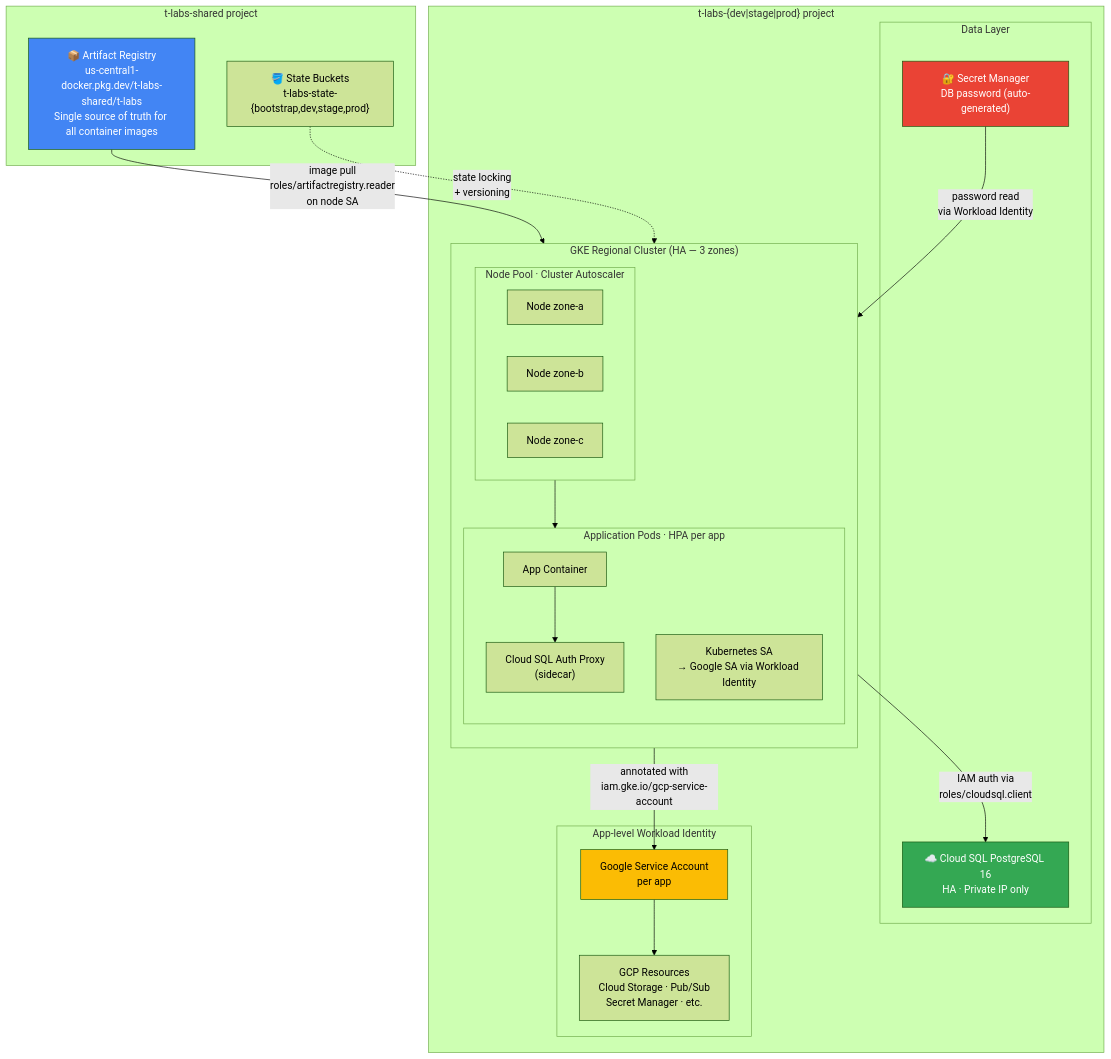
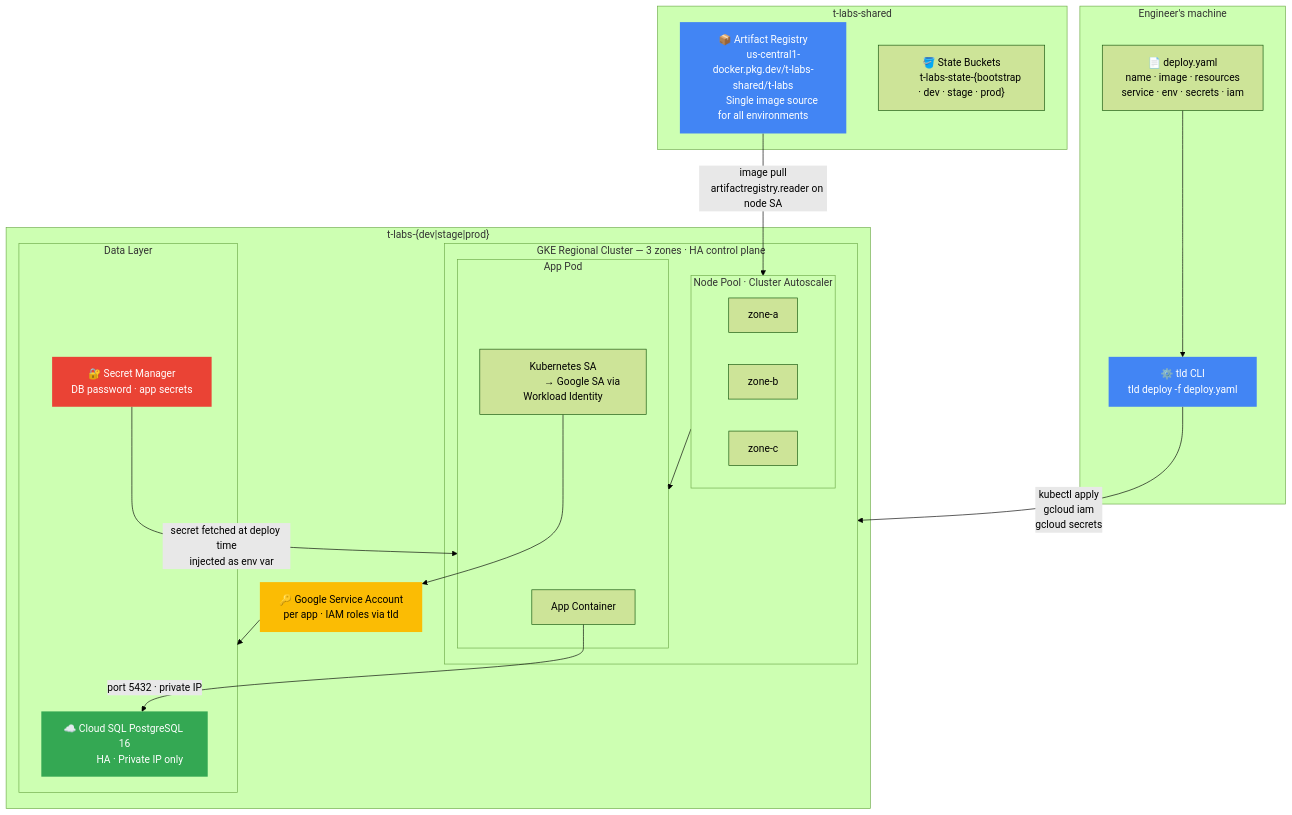
One commit to arpeetk/t-labs changed the fourth of 4 diagrams in README.md. Above: the diagram before and after it, drawn with Mermaid (forest theme). The commit also changed other lines of this file, not shown here.

First line of the commit message:
Update README: reflect current architecture, add tld CLI docs

````diff
--- a/README.md
+++ b/README.md
@@ -139,51 +151,60 @@
 ```mermaid
 graph TD
-    subgraph MGMT["t-labs-shared project"]
-        AR["📦 Artifact Registry<br/>us-central1-docker.pkg.dev/t-labs-shared/t-labs<br/>Single source of truth for all container images"]
-        SB["🪣 State Buckets<br/>t-labs-state-{bootstrap,dev,stage,prod}"]
+    subgraph SHARED["t-labs-shared"]
+        AR["📦 Artifact Registry
+        us-central1-docker.pkg.dev/t-labs-shared/t-labs
+        Single image source for all environments"]
+        SB["🪣 State Buckets
+        t-labs-state-{bootstrap · dev · stage · prod}"]
     end
 
-    subgraph ENV["t-labs-{dev|stage|prod} project"]
+    subgraph LOCAL["Engineer's machine"]
+        MF["📄 deploy.yaml
+        name · image · resources
+        service · env · secrets · iam"]
+        TLD["⚙️ tld CLI
+        tld deploy -f deploy.yaml"]
+        MF --> TLD
+    end
 
-        subgraph GKE["GKE Regional Cluster (HA — 3 zones)"]
-            direction TB
+    subgraph ENV["t-labs-{dev|stage|prod}"]
 
+        subgraph GKE["GKE Regional Cluster — 3 zones · HA control plane"]
             subgraph NP["Node Pool · Cluster Autoscaler"]
-                N1["Node zone-a"] 
-                N2["Node zone-b"]
-                N3["Node zone-c"]
+                N1["zone-a"] & N2["zone-b"] & N3["zone-c"]
             end
-
-            subgraph PODS["Application Pods · HPA per app"]
-                APP["App Container"]
-                PROXY["Cloud SQL Auth Proxy<br/>(sidecar)"]
-                KSA["Kubernetes SA<br/>→ Google SA via Workload Identity"]
+            subgraph APP["App Pod"]
+                AC["App Container"]
+                KSA["Kubernetes SA
+                → Google SA via Workload Identity"]
             end
         end
 
         subgraph DATA["Data Layer"]
-            CSQL["☁️ Cloud SQL PostgreSQL 16<br/>HA · Private IP only"]
-            SM["🔐 Secret Manager<br/>DB password (auto-generated)"]
+            CSQL["☁️ Cloud SQL PostgreSQL 16
+            HA · Private IP only"]
+            SM["🔐 Secret Manager
+            DB password · app secrets"]
         end
 
-        subgraph IAM_APP["App-level Workload Identity"]
-            GSA["Google Service Account<br/>per app"]
-            GCP_RES["GCP Resources<br/>Cloud Storage · Pub/Sub<br/>Secret Manager · etc."]
-        end
-
+        GSA["🔑 Google Service Account
+        per app · IAM roles via tld"]
     end
 
-    AR -->|"image pull<br/>roles/artifactregistry.reader<br/>on node SA"| NP
-    NP --> PODS
-    APP --> PROXY
-    PROXY -->|"IAM auth via<br/>roles/cloudsql.client"| CSQL
-    SM -->|"password read<br/>via Workload Identity"| APP
-    KSA -->|"annotated with<br/>iam.gke.io/gcp-service-account"| GSA
-    GSA --> GCP_RES
-    SB -.->|"state locking<br/>+ versioning"| GKE
+    TLD -->|"kubectl apply
+    gcloud iam
+    gcloud secrets"| GKE
+    AR -->|"image pull
+    artifactregistry.reader on node SA"| NP
+    NP --> APP
+    AC -->|"port 5432 · private IP"| CSQL
+    SM -->|"secret fetched at deploy time
+    injected as env var"| APP
+    KSA --> GSA --> DATA
 
-    style AR fill:#4285F4,color:#fff
-    style CSQL fill:#34a853,color:#fff
-    style SM fill:#ea4335,color:#fff
-    style GSA fill:#fbbc04,color:#000
+    style AR   fill:#4285F4,color:#fff,stroke:none
+    style TLD  fill:#4285F4,color:#fff,stroke:none
+    style CSQL fill:#34a853,color:#fff,stroke:none
+    style SM   fill:#ea4335,color:#fff,stroke:none
+    style GSA  fill:#fbbc04,color:#000,stroke:none
 ```
````
